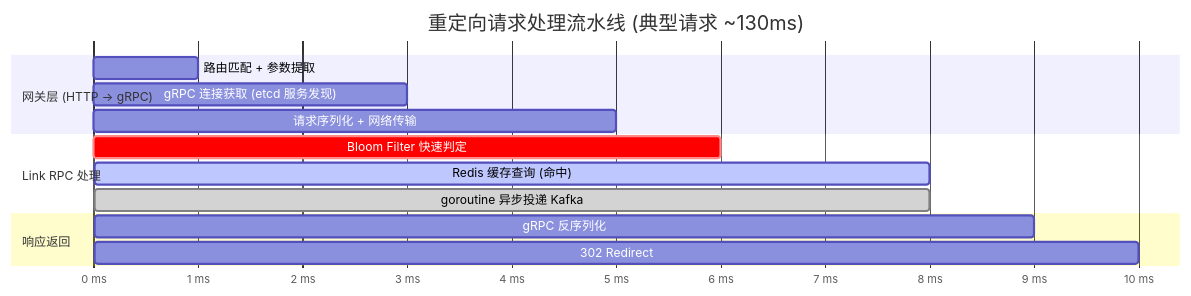
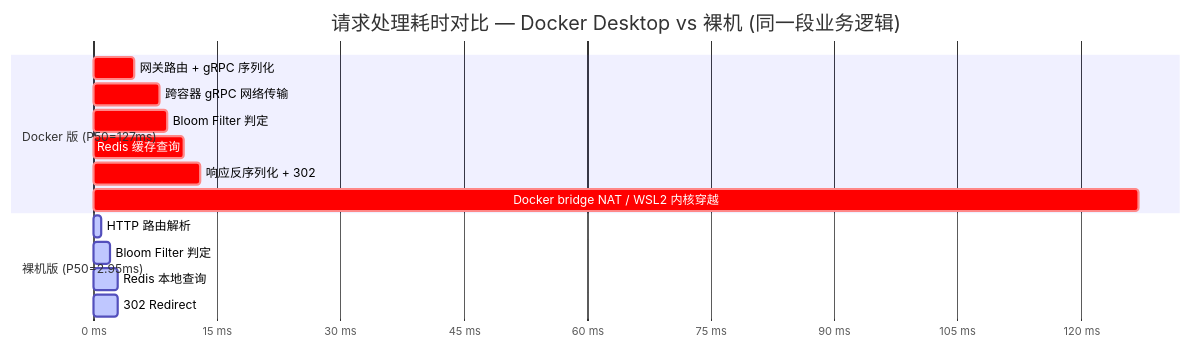
The diagram in README.md (Vierblatt/shortlink), drawn with Mermaid before and after one commit. The commit also changed other lines of this file, not shown here.

First line of the commit message:
压测报告：Docker Desktop vs 裸机 Linux 对比 (40x QPS差距)

````diff
--- a/README.md
+++ b/README.md
@@ -190,20 +188,20 @@
 ```mermaid
 gantt
-    title 重定向请求处理流水线 (典型请求 ~130ms)
+    title 请求处理耗时对比 — Docker Desktop vs 裸机 (同一段业务逻辑)
     dateFormat X
     axisFormat %s ms
 
-    section 网关层 (HTTP → gRPC)
-    路由匹配 + 参数提取           :gw1, 0, 1
-    gRPC 连接获取 (etcd 服务发现) :gw2, 1, 3
-    请求序列化 + 网络传输          :gw3, 3, 5
+    section Docker 版 (P50=127ms)
+    网关路由 + gRPC 序列化       :crit, d1, 0, 5
+    跨容器 gRPC 网络传输          :crit, d2, 5, 8
+    Bloom Filter 判定            :crit, d3, 8, 9
+    Redis 缓存查询               :crit, d4, 9, 11
+    响应反序列化 + 302           :crit, d5, 11, 13
+    Docker bridge NAT / WSL2 内核穿越 :crit, d6, 13, 127
 
-    section Link RPC 处理
-    Bloom Filter 快速判定         :crit, rpc1, 5, 6
-    Redis 缓存查询 (命中)         :active, rpc2, 6, 8
-    goroutine 异步投递 Kafka      :done, kafka, 6, 8
-
-    section 响应返回
-    gRPC 反序列化                :resp1, 8, 9
-    302 Redirect                 :resp2, 9, 10
+    section 裸机版 (P50=2.95ms)
+    HTTP 路由解析        :active, b1, 0, 1
+    Bloom Filter 判定    :active, b2, 1, 2
+    Redis 本地查询       :active, b3, 2, 3
+    302 Redirect         :active, b4, 3, 3
 ```
````
